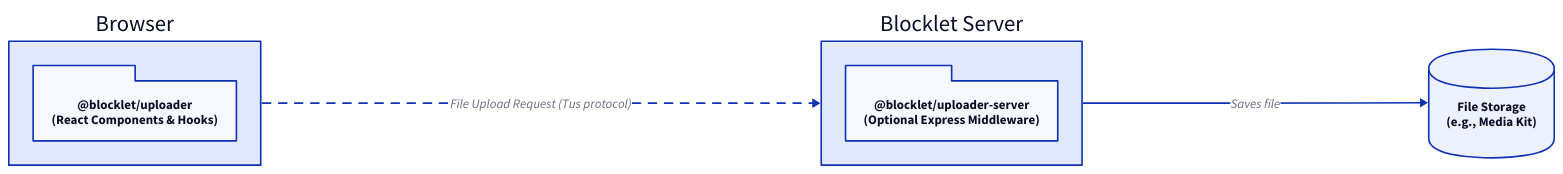
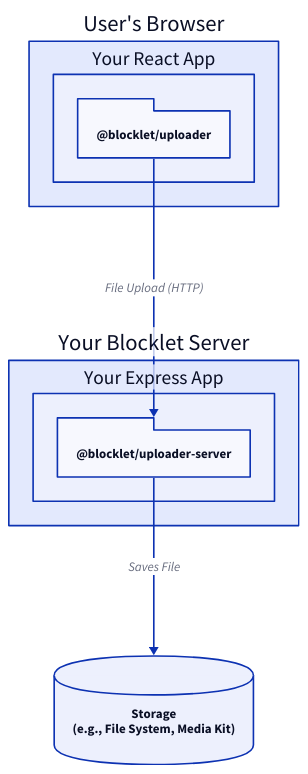
The diagram in .aigne/doc-smith/docs/api-reference.md (blocklet/media-kit), drawn with D2 before and after one commit. The commit also changed other lines of this file and 26 other files, not shown here.

````diff
--- a/.aigne/doc-smith/docs/api-reference.md
+++ b/.aigne/doc-smith/docs/api-reference.md
@@ -9,27 +7,42 @@
 ```d2
-direction: right
+direction: down
 
-"Browser" {
-  "@blocklet/uploader": {
-    shape: package
-    label: "@blocklet/uploader\n(React Components & Hooks)"
+User-Browser: {
+  label: "User's Browser"
+  shape: rectangle
+
+  React-App: {
+    label: "Your React App"
+    shape: rectangle
+
+    Uploader-Component: {
+      label: "@blocklet/uploader"
+      shape: package
+    }
   }
 }
 
-"Blocklet Server" {
-  "@blocklet/uploader-server": {
-    shape: package
-    label: "@blocklet/uploader-server\n(Optional Express Middleware)"
+Blocklet-Server: {
+  label: "Your Blocklet Server"
+  shape: rectangle
+
+  Express-App: {
+    label: "Your Express App"
+    shape: rectangle
+
+    Uploader-Middleware: {
+      label: "@blocklet/uploader-server"
+      shape: package
+    }
   }
 }
 
-"Storage" {
+Storage: {
+  label: "Storage\n(e.g., File System, Media Kit)"
   shape: cylinder
-  label: "File Storage\n(e.g., Media Kit)"
 }
 
-"Browser" -> "Blocklet Server": "File Upload Request (Tus protocol)" {
-  style.animated: true
-}
-"Blocklet Server" -> "Storage": "Saves file"
+User-Browser.React-App.Uploader-Component -> Blocklet-Server.Express-App.Uploader-Middleware: "File Upload (HTTP)"
+Blocklet-Server.Express-App.Uploader-Middleware -> Storage: "Saves File"
+
 ```
````
